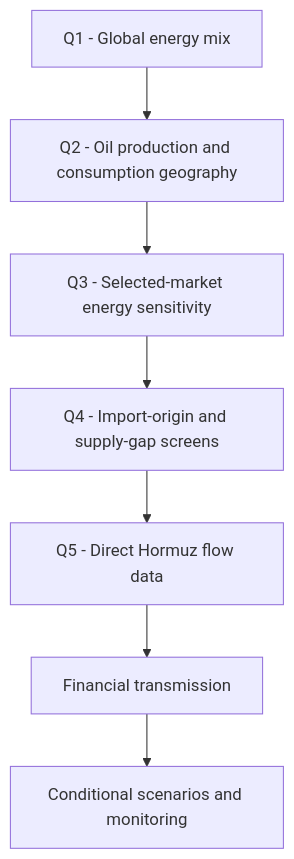
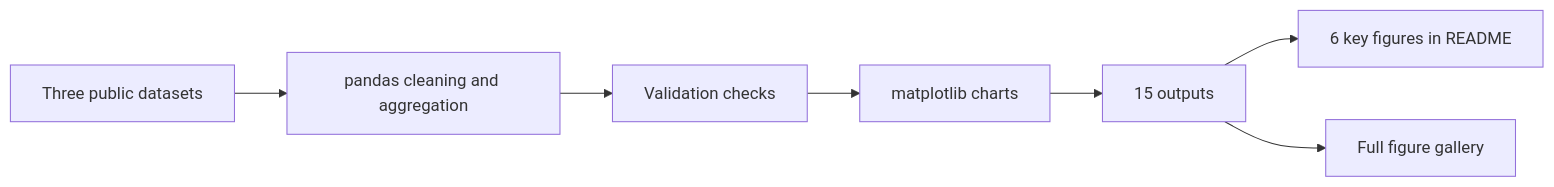
One commit to ZiyuanLi-Econ/Python-Program changed the diagram in Project-01-Hormuz-Energy-Risk/README.md. Above: the diagram before and after it, drawn with Mermaid. The commit also changed other lines of this file, not shown here.

````diff
--- a/Project-01-Hormuz-Energy-Risk/README.md
+++ b/Project-01-Hormuz-Energy-Risk/README.md
@@ -25,9 +21,9 @@
 ```mermaid
-flowchart TD
-    A["Q1 - Global energy mix"] --> B["Q2 - Oil production and consumption geography"]
-    B --> C["Q3 - Selected-market energy sensitivity"]
-    C --> D["Q4 - Import-origin and supply-gap screens"]
-    D --> E["Q5 - Direct Hormuz flow data"]
-    E --> F["Financial transmission"]
-    F --> G["Conditional scenarios and monitoring"]
+flowchart LR
+    A["Three public datasets"] --> B["pandas cleaning and aggregation"]
+    B --> C["Validation checks"]
+    C --> D["matplotlib charts"]
+    D --> E["15 outputs"]
+    E --> F["6 key figures in README"]
+    E --> G["Full figure gallery"]
 ```
````
